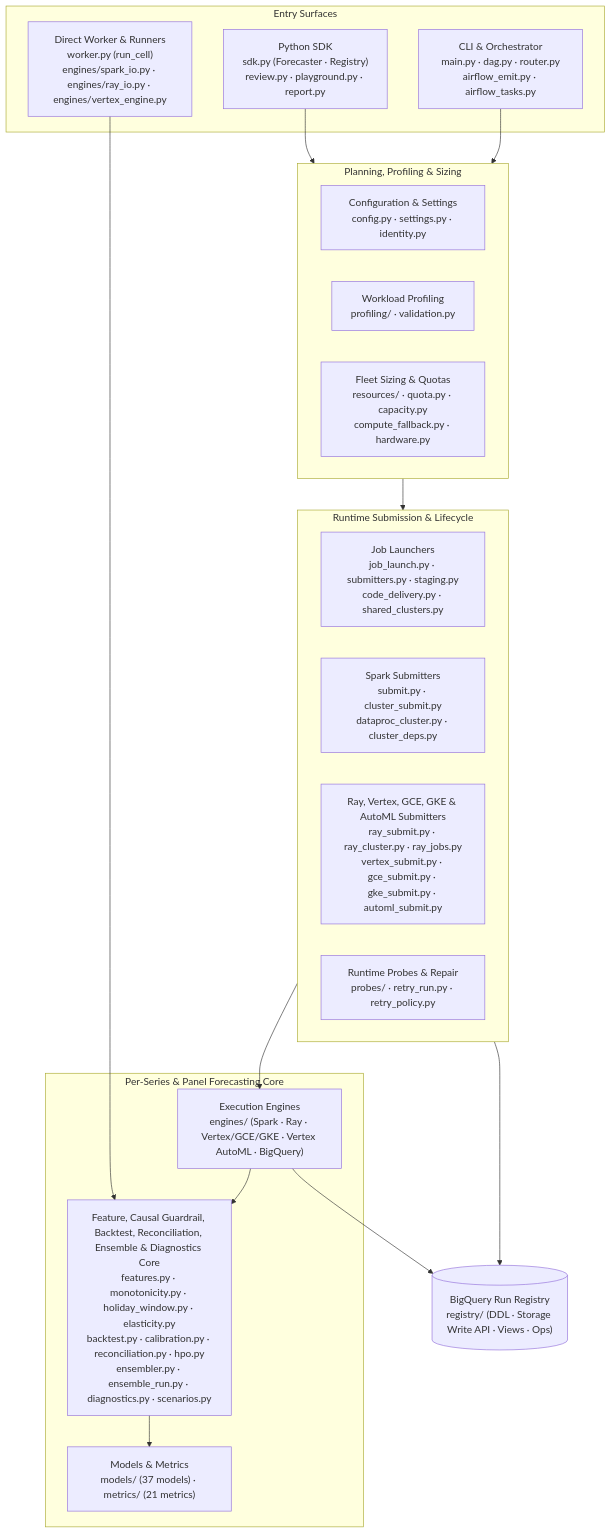
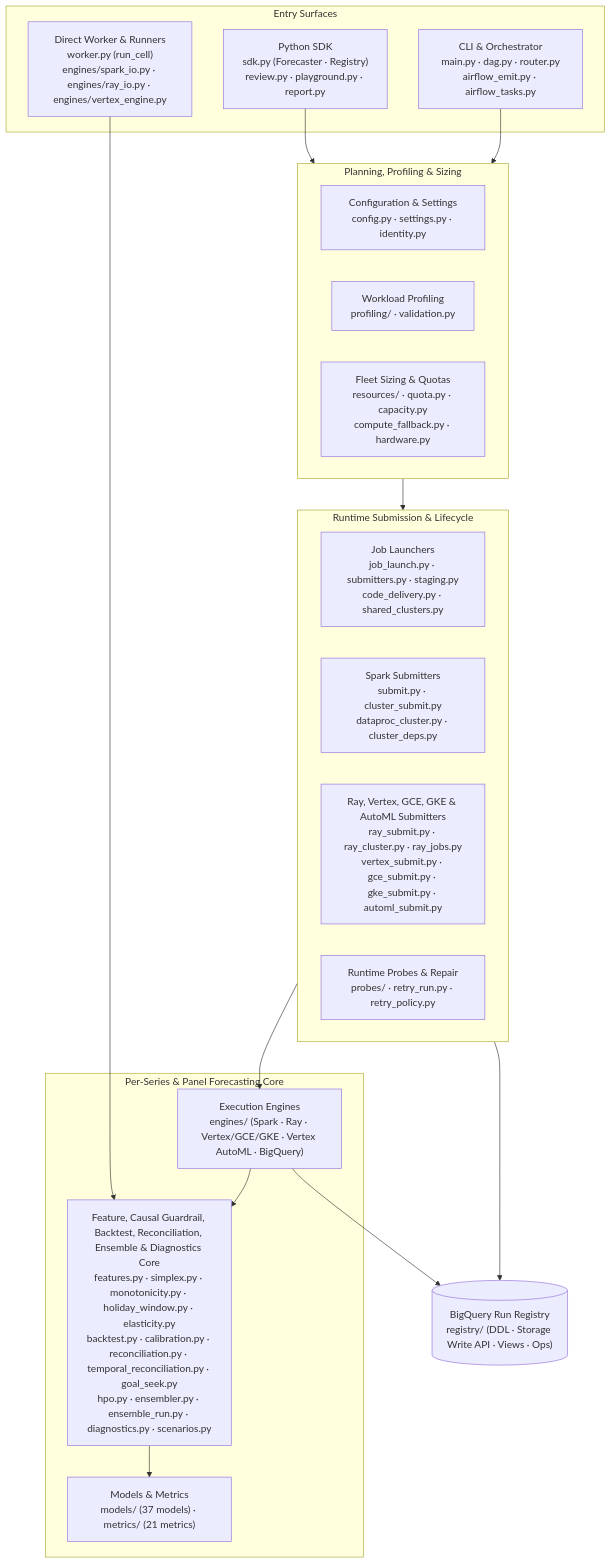
Before and after one commit to statmike/scale-forecasting: the diagram in src/scale_forecasting/README.md, drawn with Mermaid. The commit also changed other lines of this file and 45 other files, not shown here.

````diff
--- a/src/scale_forecasting/README.md
+++ b/src/scale_forecasting/README.md
@@ -7,36 +7,36 @@
 ```mermaid
 flowchart TB
     subgraph entry["Entry Surfaces"]
         sdk["Python SDK<br/>sdk.py (Forecaster · Registry)<br/>review.py · playground.py · report.py"]
         cli["CLI & Orchestrator<br/>main.py · dag.py · router.py<br/>airflow_emit.py · airflow_tasks.py"]
         direct["Direct Worker & Runners<br/>worker.py (run_cell)<br/>engines/spark_io.py · engines/ray_io.py · engines/vertex_engine.py"]
     end
 
     subgraph plan["Planning, Profiling & Sizing"]
         cfg["Configuration & Settings<br/>config.py · settings.py · identity.py"]
         prof["Workload Profiling<br/>profiling/ · validation.py"]
         res["Fleet Sizing & Quotas<br/>resources/ · quota.py · capacity.py<br/>compute_fallback.py · hardware.py"]
     end
 
     subgraph submit["Runtime Submission & Lifecycle"]
         sub["Job Launchers<br/>job_launch.py · submitters.py · staging.py<br/>code_delivery.py · shared_clusters.py"]
         spark_sub["Spark Submitters<br/>submit.py · cluster_submit.py<br/>dataproc_cluster.py · cluster_deps.py"]
         ray_sub["Ray, Vertex, GCE, GKE & AutoML Submitters<br/>ray_submit.py · ray_cluster.py · ray_jobs.py<br/>vertex_submit.py · gce_submit.py · gke_submit.py · automl_submit.py"]
         probes["Runtime Probes & Repair<br/>probes/ · retry_run.py · retry_policy.py"]
     end
 
     subgraph core["Per-Series & Panel Forecasting Core"]
         eng["Execution Engines<br/>engines/ (Spark · Ray · Vertex/GCE/GKE · Vertex AutoML · BigQuery)"]
-        wf["Feature, Causal Guardrail, Backtest, Reconciliation, Ensemble & Diagnostics Core<br/>features.py · monotonicity.py · holiday_window.py · elasticity.py<br/>backtest.py · calibration.py · reconciliation.py · hpo.py<br/>ensembler.py · ensemble_run.py · diagnostics.py · scenarios.py"]
+        wf["Feature, Causal Guardrail, Backtest, Reconciliation, Ensemble & Diagnostics Core<br/>features.py · simplex.py · monotonicity.py · holiday_window.py · elasticity.py<br/>backtest.py · calibration.py · reconciliation.py · temporal_reconciliation.py · goal_seek.py<br/>hpo.py · ensembler.py · ensemble_run.py · diagnostics.py · scenarios.py"]
         mod["Models & Metrics<br/>models/ (37 models) · metrics/ (21 metrics)"]
     end
 
     reg[("BigQuery Run Registry<br/>registry/ (DDL · Storage Write API · Views · Ops)")]
 
     sdk & cli --> plan
     plan --> submit
     submit --> eng
     direct --> wf
     eng --> wf --> mod
     eng & submit --> reg
 ```
````
